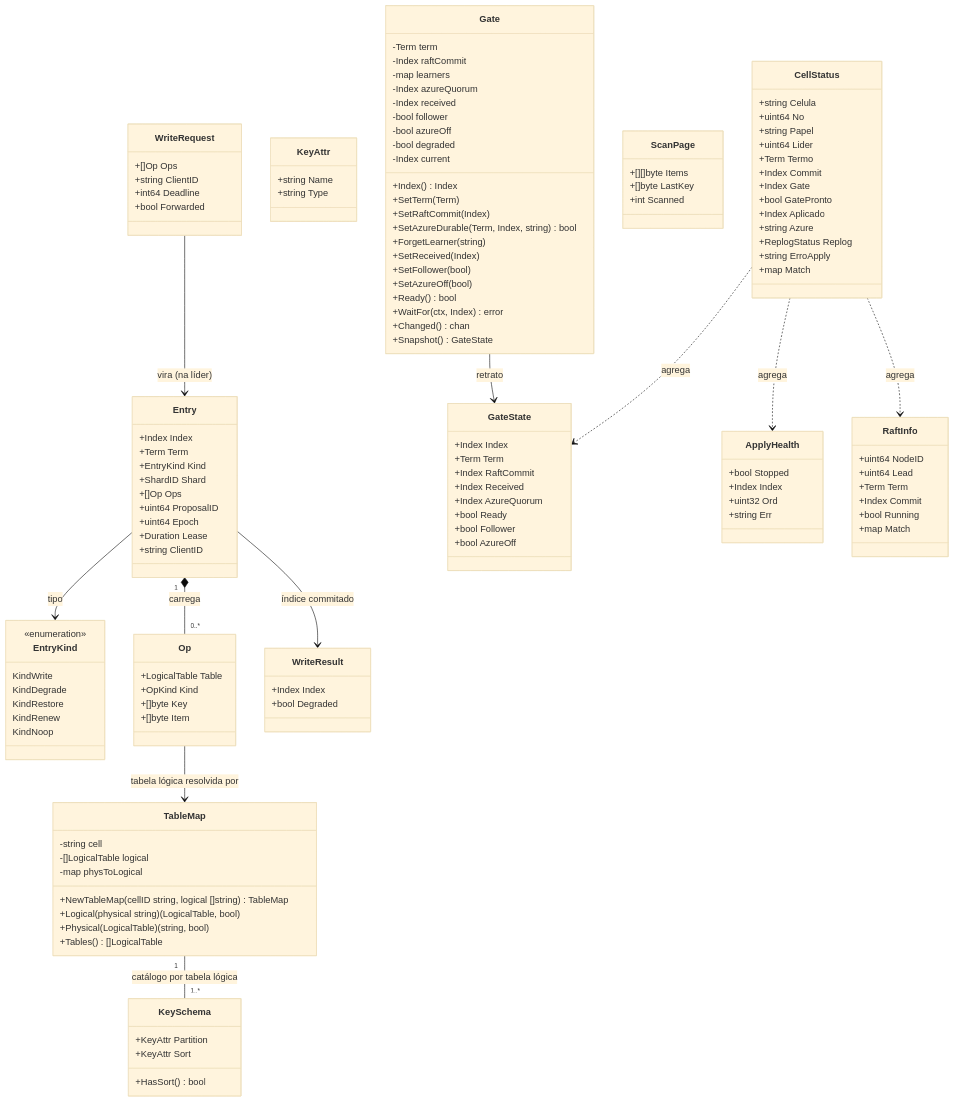
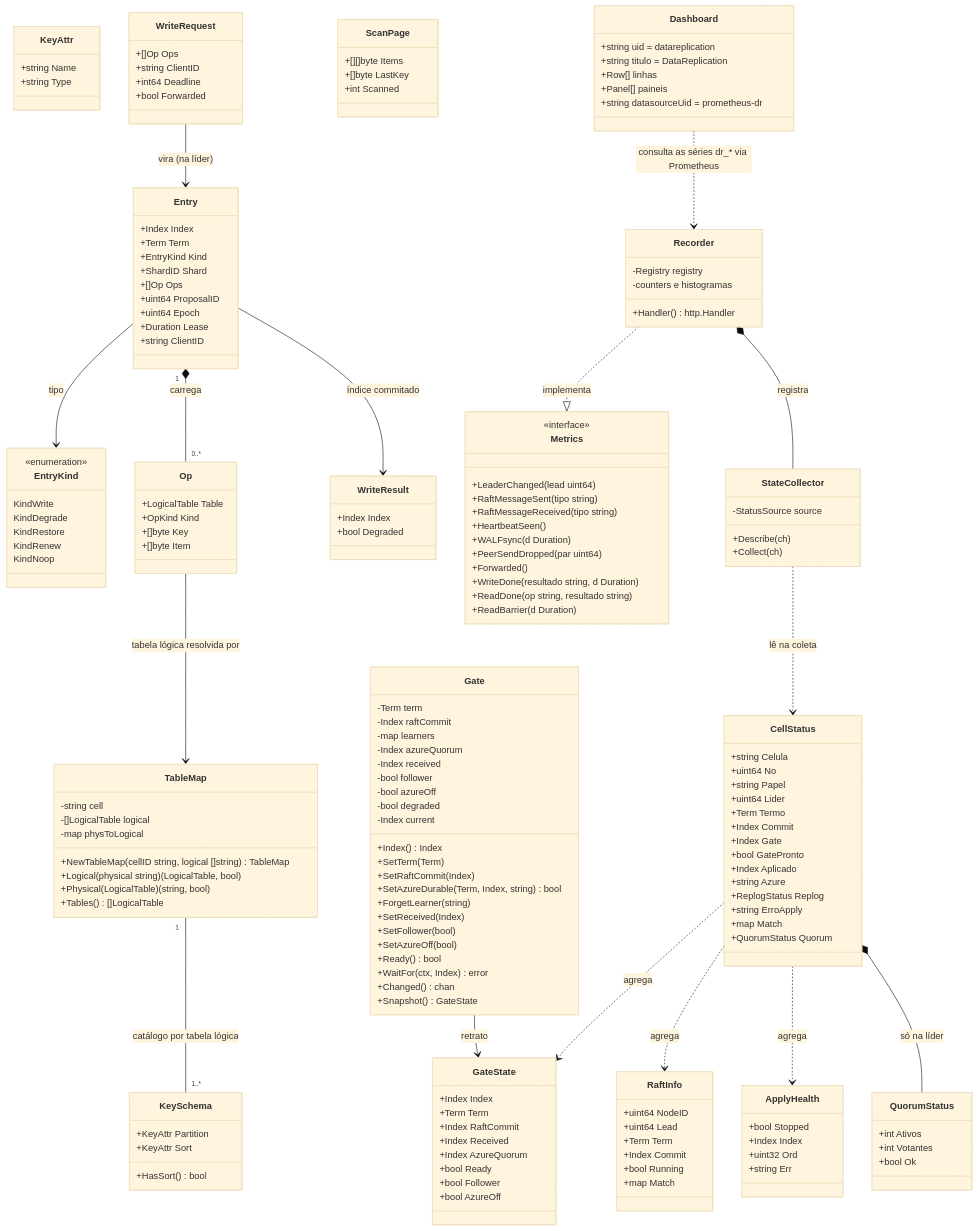
The diagram in spdd/prompt/GGQPA-XXX-202610132059-[Feat]-service-poc-local-datareplication-tres-celulas-aws.md (brbarmex/k), drawn with Mermaid (base theme) before and after one commit. The commit also changed other lines of this file and 36 other files, not shown here.

````diff
--- a/spdd/prompt/GGQPA-XXX-202610132059-[Feat]-service-poc-local-datareplication-tres-celulas-aws.md
+++ b/spdd/prompt/GGQPA-XXX-202610132059-[Feat]-service-poc-local-datareplication-tres-celulas-aws.md
@@ -147,6 +154,47 @@
     +ReplogStatus Replog
     +string ErroApply
     +map Match
+    +QuorumStatus Quorum
+}
+
+class QuorumStatus {
+    +int Ativos
+    +int Votantes
+    +bool Ok
+}
+
+class Metrics {
+    <<interface>>
+    +LeaderChanged(lead uint64)
+    +RaftMessageSent(tipo string)
+    +RaftMessageReceived(tipo string)
+    +HeartbeatSeen()
+    +WALFsync(d Duration)
+    +PeerSendDropped(par uint64)
+    +Forwarded()
+    +WriteDone(resultado string, d Duration)
+    +ReadDone(op string, resultado string)
+    +ReadBarrier(d Duration)
+}
+
+class Recorder {
+    -Registry registry
+    -counters e histogramas
+    +Handler() http.Handler
+}
+
+class StateCollector {
+    -StatusSource source
+    +Describe(ch)
+    +Collect(ch)
+}
+
+class Dashboard {
+    +string uid = datareplication
+    +string titulo = DataReplication
+    +Row[] linhas
+    +Panel[] paineis
+    +string datasourceUid = prometheus-dr
 }
 
 Entry "1" *-- "0..*" Op : carrega
@@ -159,4 +207,9 @@
 CellStatus ..> GateState : agrega
 CellStatus ..> RaftInfo : agrega
 CellStatus ..> ApplyHealth : agrega
+CellStatus *-- QuorumStatus : só na líder
+Recorder ..|> Metrics : implementa
+Recorder *-- StateCollector : registra
+StateCollector ..> CellStatus : lê na coleta
+Dashboard ..> Recorder : consulta as séries dr_* via Prometheus
 ```
````
